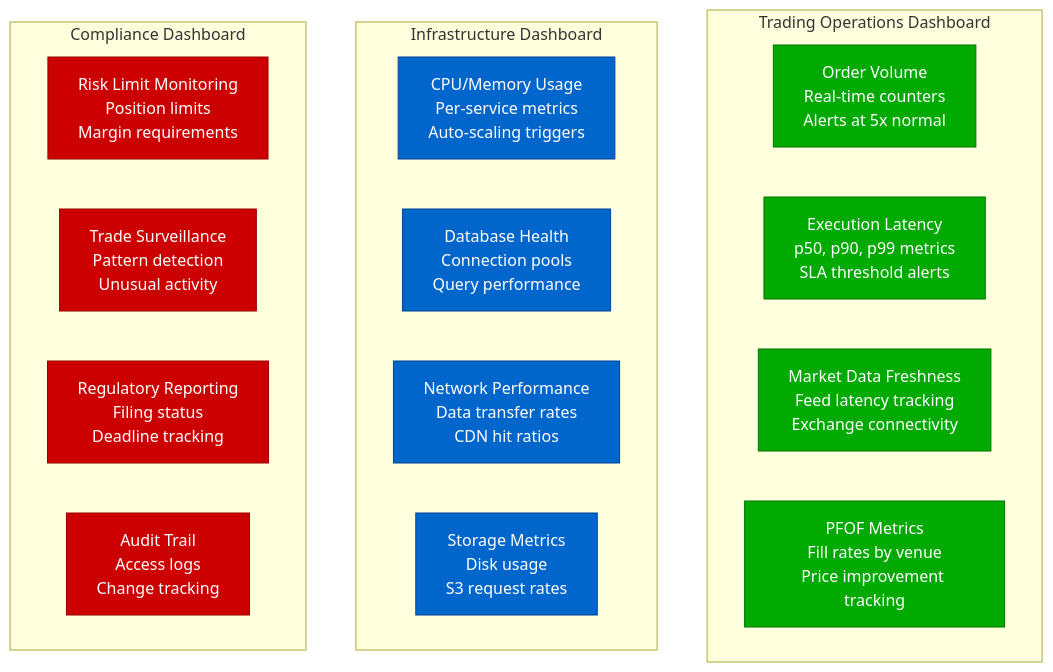
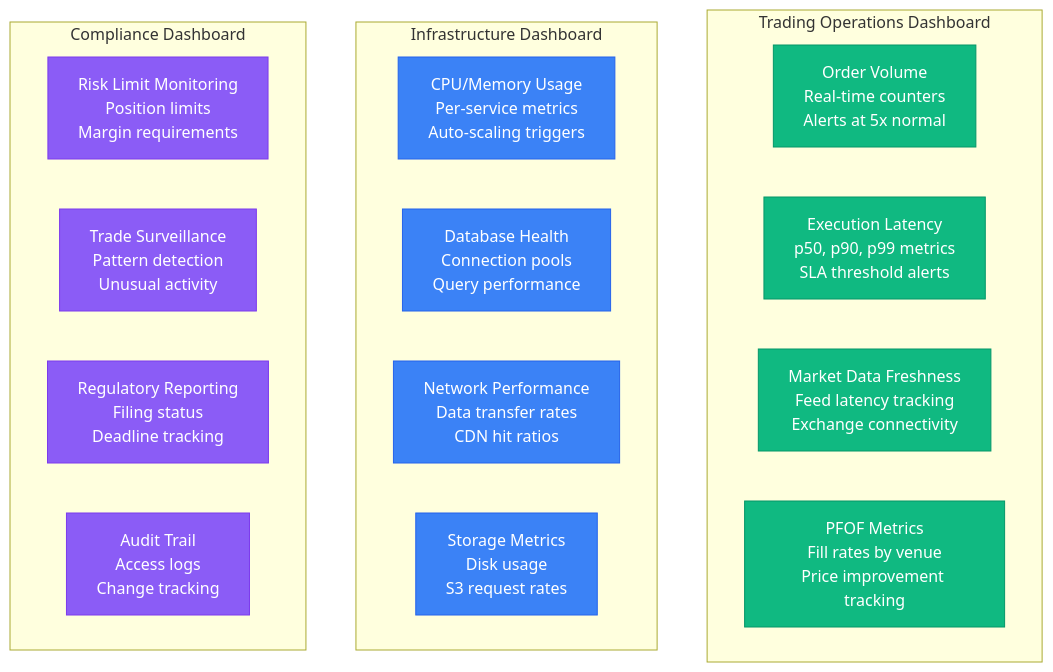
One commit to deepaucksharma/DS changed the seventh of 9 diagrams in site/docs/systems/robinhood/08-production-operations.md. Above: the diagram before and after it, drawn with Mermaid. The commit also changed other lines of this file and 187 other files, not shown here.

````diff
--- a/site/docs/systems/robinhood/08-production-operations.md
+++ b/site/docs/systems/robinhood/08-production-operations.md
@@ -336,31 +336,31 @@
 ```mermaid
 graph TB
     subgraph TradingDashboard[Trading Operations Dashboard]
         ORDER_VOLUME[Order Volume<br/>Real-time counters<br/>Alerts at 5x normal]
         EXECUTION_LATENCY[Execution Latency<br/>p50, p90, p99 metrics<br/>SLA threshold alerts]
         MARKET_DATA[Market Data Freshness<br/>Feed latency tracking<br/>Exchange connectivity]
         PFOF_METRICS[PFOF Metrics<br/>Fill rates by venue<br/>Price improvement tracking]
     end
 
     subgraph InfrastructureDashboard[Infrastructure Dashboard]
         CPU_MEMORY[CPU/Memory Usage<br/>Per-service metrics<br/>Auto-scaling triggers]
         DATABASE[Database Health<br/>Connection pools<br/>Query performance]
         NETWORK[Network Performance<br/>Data transfer rates<br/>CDN hit ratios]
         STORAGE[Storage Metrics<br/>Disk usage<br/>S3 request rates]
     end
 
     subgraph ComplianceDashboard[Compliance Dashboard]
         RISK_LIMITS[Risk Limit Monitoring<br/>Position limits<br/>Margin requirements]
         SURVEILLANCE[Trade Surveillance<br/>Pattern detection<br/>Unusual activity]
         REPORTING[Regulatory Reporting<br/>Filing status<br/>Deadline tracking]
         AUDIT[Audit Trail<br/>Access logs<br/>Change tracking]
     end
 
-    classDef tradingStyle fill:#00AA00,stroke:#007700,color:#fff
-    classDef infraStyle fill:#0066CC,stroke:#004499,color:#fff
-    classDef complianceStyle fill:#CC0000,stroke:#990000,color:#fff
+    classDef tradingStyle fill:#10B981,stroke:#059669,color:#fff
+    classDef infraStyle fill:#3B82F6,stroke:#2563EB,color:#fff
+    classDef complianceStyle fill:#8B5CF6,stroke:#7C3AED,color:#fff
 
     class ORDER_VOLUME,EXECUTION_LATENCY,MARKET_DATA,PFOF_METRICS tradingStyle
     class CPU_MEMORY,DATABASE,NETWORK,STORAGE infraStyle
     class RISK_LIMITS,SURVEILLANCE,REPORTING,AUDIT complianceStyle
 ```
````
